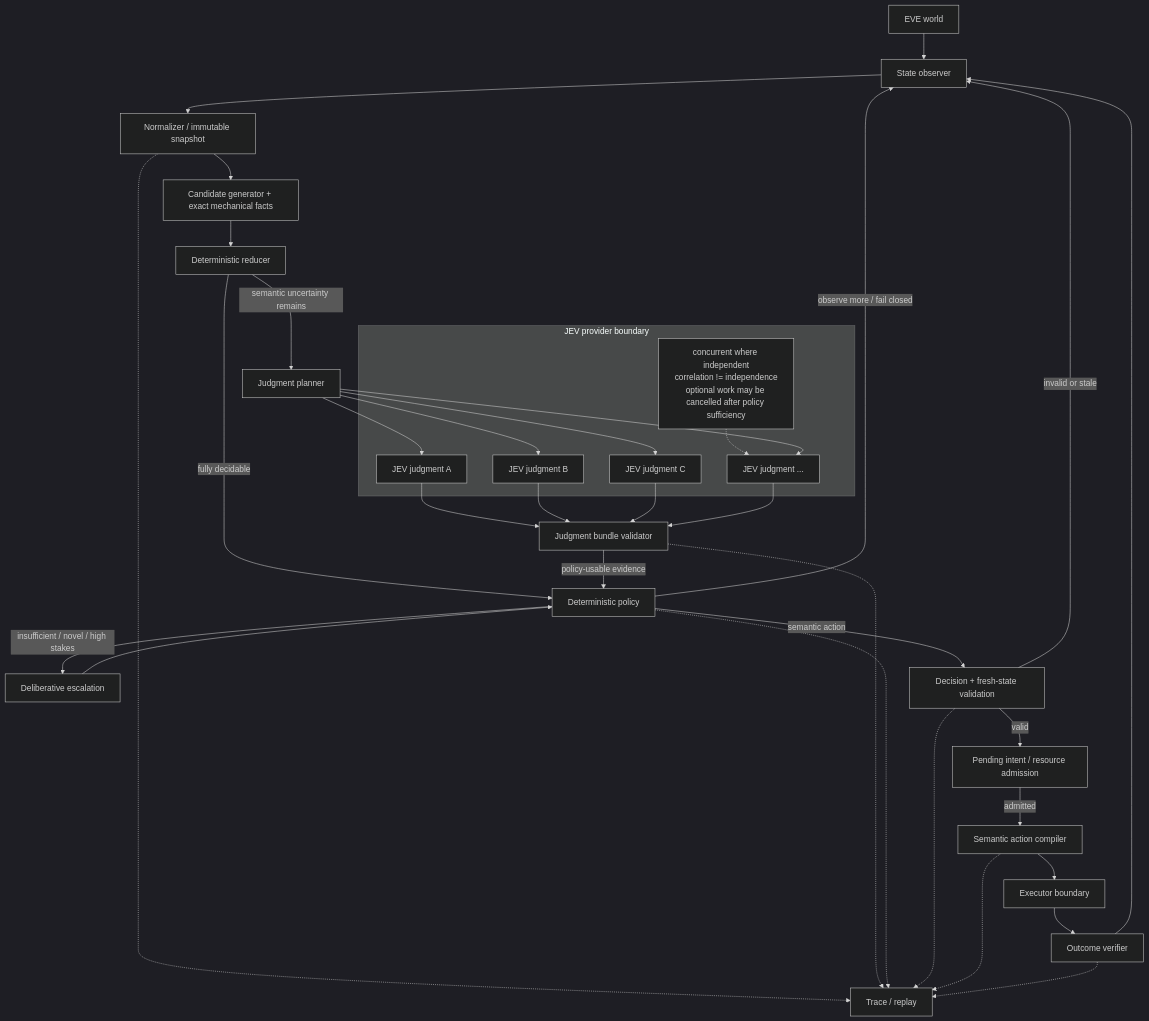
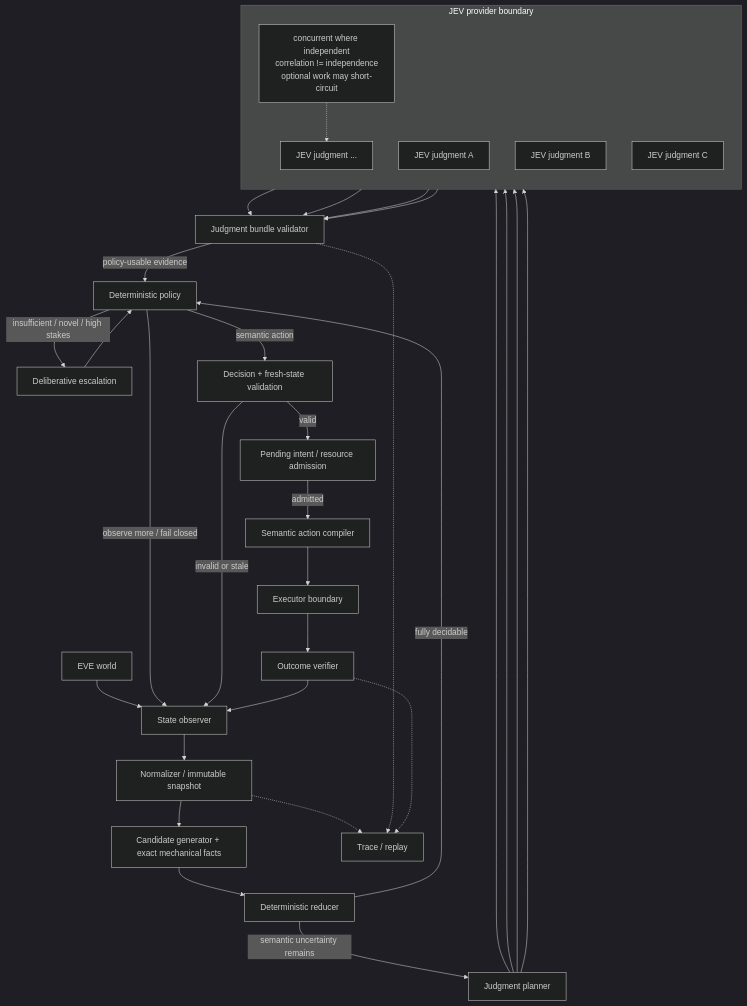
One commit to 4i7/JEVe changed the diagram in README.md. Above: the diagram before and after it, drawn with Mermaid (dark theme).

Commit message:
Simplify architecture Mermaid layout

````diff
--- a/README.md
+++ b/README.md
@@ -101,51 +101,53 @@
 ```mermaid
 flowchart TD
     W[EVE world] --> O[State observer]
     O --> N[Normalizer / immutable snapshot]
     N --> C[Candidate generator + exact mechanical facts]
     C --> R[Deterministic reducer]
 
     R -->|fully decidable| P[Deterministic policy]
     R -->|semantic uncertainty remains| JP[Judgment planner]
 
     subgraph JPB[JEV provider boundary]
+        direction TB
+
+        JA["concurrent where independent<br/>correlation != independence<br/>optional work may short-circuit"]
+
         Q1[JEV judgment A]
         Q2[JEV judgment B]
         Q3[JEV judgment C]
         QN[JEV judgment ...]
-        JA["concurrent where independent<br/>correlation != independence<br/>optional work may be cancelled after policy sufficiency"]
+
         JA -.-> QN
     end
 
     JP --> Q1
     JP --> Q2
     JP --> Q3
     JP --> QN
 
     Q1 --> JB[Judgment bundle validator]
     Q2 --> JB
     Q3 --> JB
     QN --> JB
 
     JB -->|policy-usable evidence| P
+
     P -->|insufficient / novel / high stakes| D[Deliberative escalation]
     D --> P
 
     P -->|semantic action| V[Decision + fresh-state validation]
     P -->|observe more / fail closed| O
 
     V -->|invalid or stale| O
     V -->|valid| I[Pending intent / resource admission]
     I -->|admitted| A[Semantic action compiler]
     A --> E[Executor boundary]
     E --> Q[Outcome verifier]
     Q --> O
 
     T[Trace / replay]
     N -.-> T
     JB -.-> T
-    P -.-> T
-    V -.-> T
-    A -.-> T
     Q -.-> T
 ```
````
